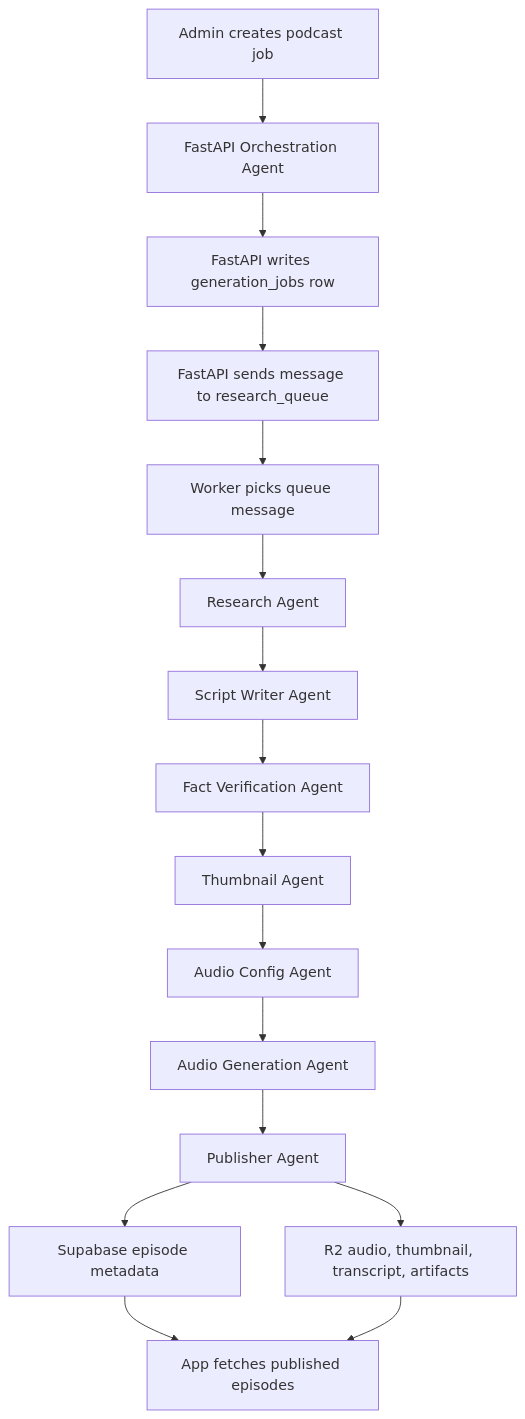
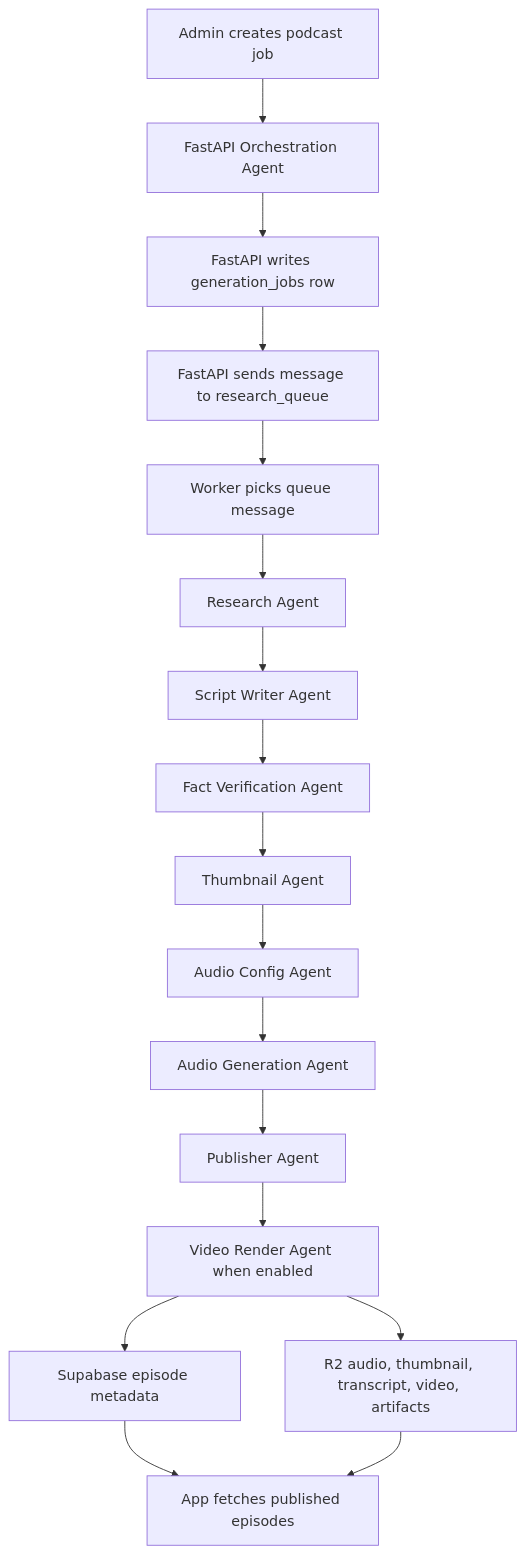
Before and after one commit to Yousafkhanzadaa/pleopod: the diagram in docs/system-flow.md, drawn with Mermaid. The commit also changed other lines of this file and 40 other files, not shown here.

````diff
--- a/docs/system-flow.md
+++ b/docs/system-flow.md
@@ -22,18 +23,19 @@
 ```mermaid
 flowchart TD
   A["Admin creates podcast job"] --> B["FastAPI Orchestration Agent"]
   B --> C["FastAPI writes generation_jobs row"]
   C --> D["FastAPI sends message to research_queue"]
   D --> E["Worker picks queue message"]
   E --> F["Research Agent"]
   F --> G["Script Writer Agent"]
   G --> H["Fact Verification Agent"]
   H --> I["Thumbnail Agent"]
   I --> J["Audio Config Agent"]
   J --> K["Audio Generation Agent"]
   K --> L["Publisher Agent"]
-  L --> M["Supabase episode metadata"]
-  L --> N["R2 audio, thumbnail, transcript, artifacts"]
+  L --> V["Video Render Agent when enabled"]
+  V --> M["Supabase episode metadata"]
+  V --> N["R2 audio, thumbnail, transcript, video, artifacts"]
   M --> O["App fetches published episodes"]
   N --> O
 ```
````
